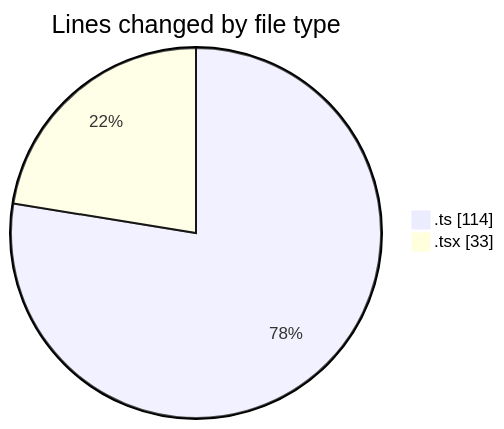
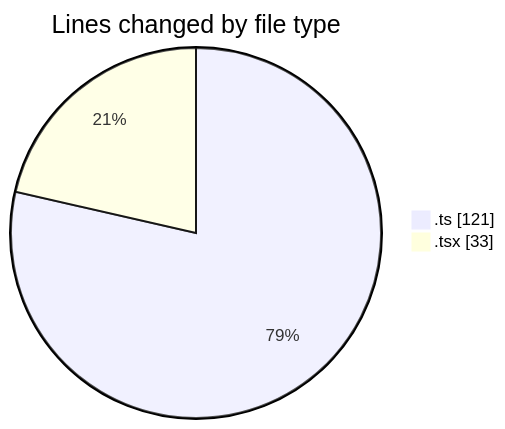
One commit to julien-gomy/code-tracking changed the first of 2 diagrams in 2025-10-22/eventscop-frontend-guide__workspace_/README.md. Above: the diagram before and after it, drawn with Mermaid. The commit also changed other lines of this file and 1 other file, not shown here.

````diff
--- a/2025-10-22/eventscop-frontend-guide__workspace_/README.md
+++ b/2025-10-22/eventscop-frontend-guide__workspace_/README.md
@@ -23,6 +23,6 @@
 ```mermaid
 pie showData
 title Lines changed by file type
-".ts" : 114
+".ts" : 121
 ".tsx" : 33
 ```
````
